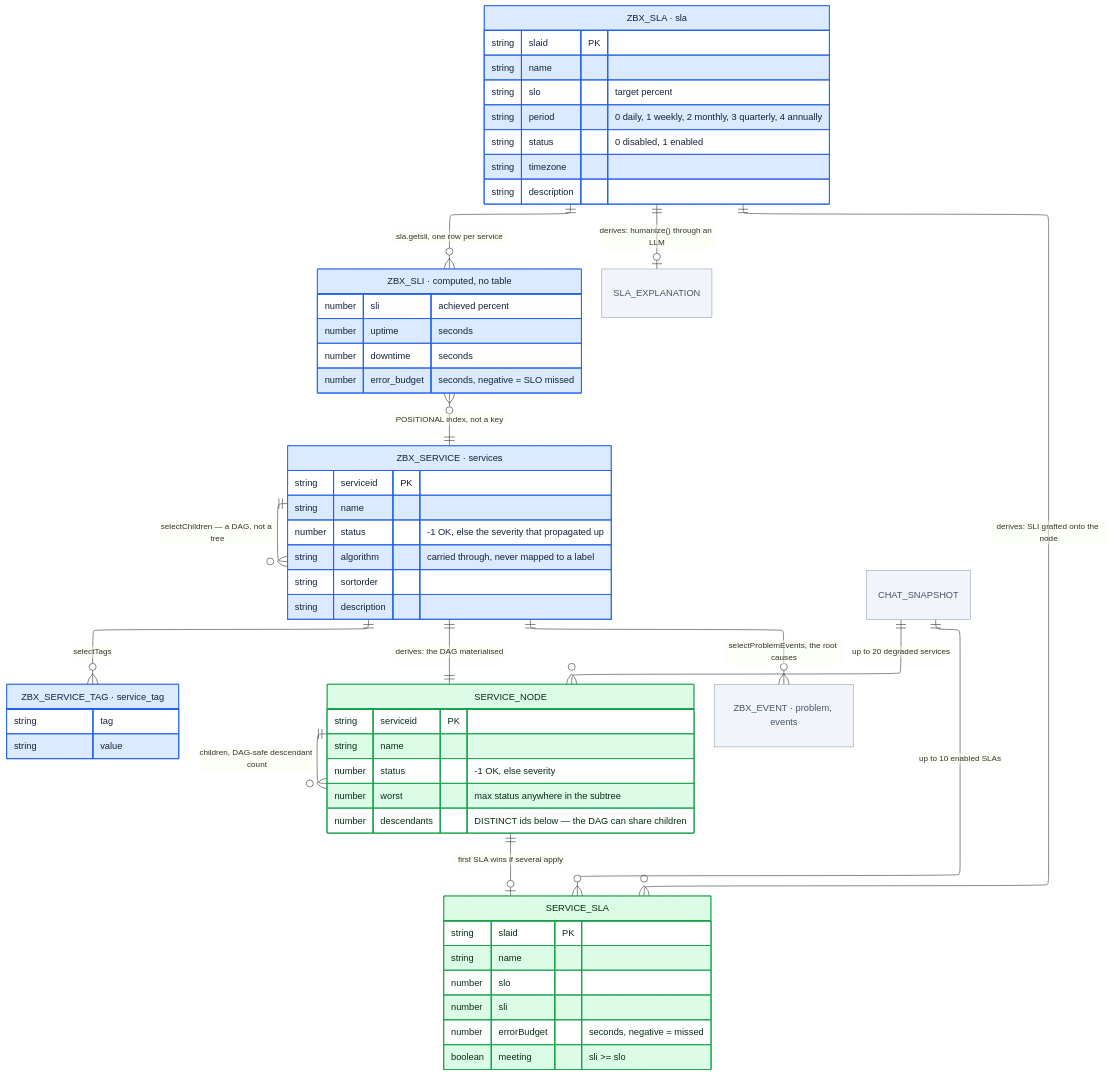
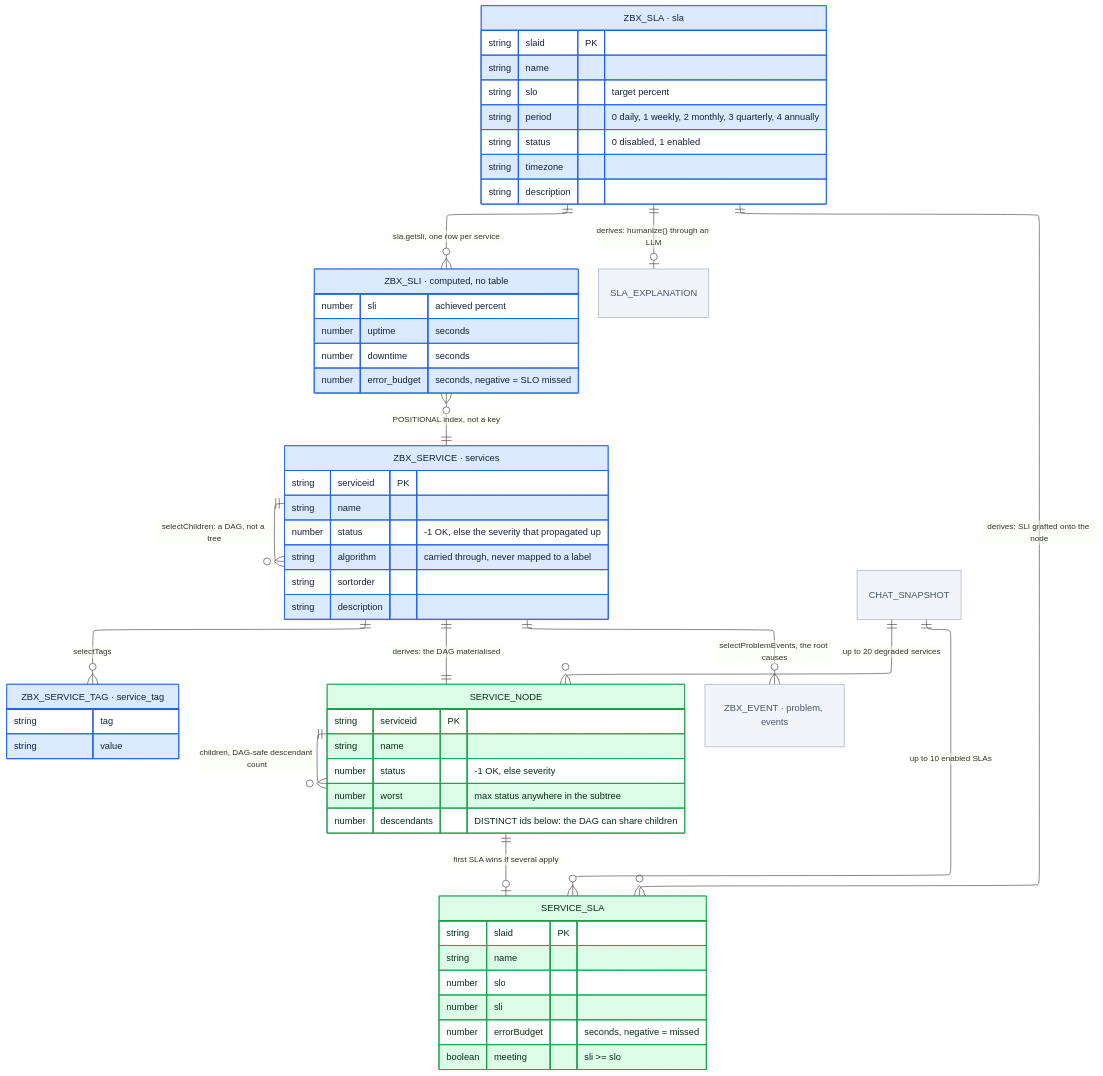
Before and after one commit to Fxkra28/Dashboard-Zabbix-Prototype: the sixth of 10 diagrams in docs/erd/vanilla/ERD-Domains.md, drawn with Mermaid. The commit also changed other lines of this file and 351 other files, not shown here.

````diff
--- a/docs/erd/vanilla/ERD-Domains.md
+++ b/docs/erd/vanilla/ERD-Domains.md
@@ -403,73 +403,73 @@
 ```mermaid
 ---
 config:
   layout: elk
 ---
 erDiagram
     direction TB
     ZBX_SERVICE["ZBX_SERVICE · services"] {
         string serviceid PK
         string name
         number status "-1 OK, else the severity that propagated up"
         string algorithm "carried through, never mapped to a label"
         string sortorder
         string description
     }
     ZBX_SERVICE_TAG["ZBX_SERVICE_TAG · service_tag"] {
         string tag
         string value
     }
     ZBX_SLA["ZBX_SLA · sla"] {
         string slaid PK
         string name
         string slo "target percent"
         string period "0 daily, 1 weekly, 2 monthly, 3 quarterly, 4 annually"
         string status "0 disabled, 1 enabled"
         string timezone
         string description
     }
     ZBX_SLI["ZBX_SLI · computed, no table"] {
         number sli "achieved percent"
         number uptime "seconds"
         number downtime "seconds"
         number error_budget "seconds, negative = SLO missed"
     }
     SERVICE_NODE {
         string serviceid PK
         string name
         number status "-1 OK, else severity"
         number worst "max status anywhere in the subtree"
-        number descendants "DISTINCT ids below — the DAG can share children"
+        number descendants "DISTINCT ids below: the DAG can share children"
     }
     SERVICE_SLA {
         string slaid PK
         string name
         number slo
         number sli
         number errorBudget "seconds, negative = missed"
         boolean meeting "sli >= slo"
     }
     ZBX_EVENT["ZBX_EVENT · problem, events"]
 
-    ZBX_SERVICE          ||--o{ ZBX_SERVICE          : "selectChildren — a DAG, not a tree"
+    ZBX_SERVICE          ||--o{ ZBX_SERVICE          : "selectChildren: a DAG, not a tree"
     ZBX_SERVICE          ||--o{ ZBX_SERVICE_TAG      : "selectTags"
     ZBX_SLA              ||--o{ ZBX_SLI              : "sla.getsli, one row per service"
     ZBX_SLI              }o--|| ZBX_SERVICE          : "POSITIONAL index, not a key"
     ZBX_SERVICE          ||--|| SERVICE_NODE         : "derives: the DAG materialised"
     SERVICE_NODE         ||--o{ SERVICE_NODE         : "children, DAG-safe descendant count"
     SERVICE_NODE         ||--o| SERVICE_SLA          : "first SLA wins if several apply"
     ZBX_SLA              ||--o{ SERVICE_SLA          : "derives: SLI grafted onto the node"
 
     ZBX_SERVICE          ||--o{ ZBX_EVENT            : "selectProblemEvents, the root causes"
     ZBX_SLA              ||--o| SLA_EXPLANATION      : "derives: humanize() through an LLM"
     CHAT_SNAPSHOT        ||--o{ SERVICE_NODE         : "up to 20 degraded services"
     CHAT_SNAPSHOT        ||--o{ SERVICE_SLA          : "up to 10 enabled SLAs"
 
     classDef zbx      fill:#dbeafe,stroke:#2563eb,color:#14213d
     classDef derived  fill:#dcfce7,stroke:#16a34a,color:#052e16
     classDef local    fill:#fef3c7,stroke:#d97706,color:#451a03
     classDef external fill:#f1f5f9,stroke:#94a3b8,color:#475569
     class ZBX_SERVICE,ZBX_SERVICE_TAG,ZBX_SLA,ZBX_SLI zbx
     class SERVICE_NODE,SERVICE_SLA derived
     class CHAT_SNAPSHOT,SLA_EXPLANATION,ZBX_EVENT external
 ```
````
